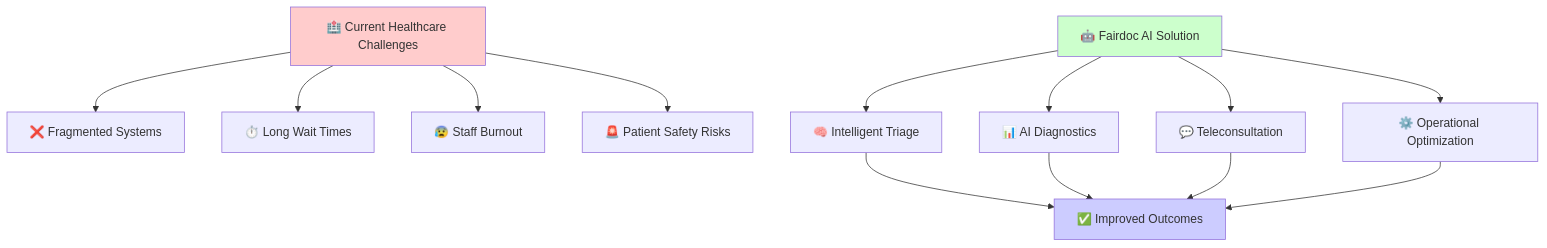
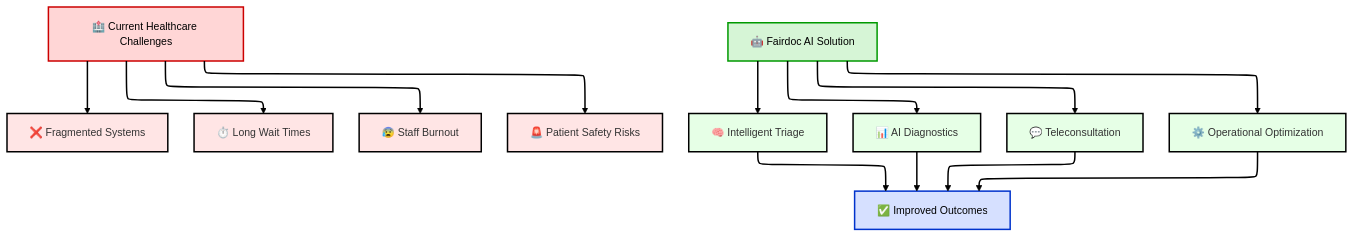
The first of 18 diagrams in report.md (hr1juldey/FairWorks_FairDOC), drawn with Mermaid before and after one commit. The commit also changed other lines of this file, not shown here.

````diff
--- a/report.md
+++ b/report.md
@@ -16,21 +16,26 @@
 ```mermaid
-graph TD
-    A[🏥 Current Healthcare Challenges] --> B[❌ Fragmented Systems]
-    A --> C[⏱️ Long Wait Times]
-    A --> D[😰 Staff Burnout]
-    A --> E[🚨 Patient Safety Risks]
-    
-    F[🤖 Fairdoc AI Solution] --> G[🧠 Intelligent Triage]
-    F --> H[📊 AI Diagnostics]
-    F --> I[💬 Teleconsultation]
-    F --> J[⚙️ Operational Optimization]
-    
-    G --> K[✅ Improved Outcomes]
+---
+config:
+  theme: neo
+  layout: elk
+---
+flowchart TD
+    A["🏥 Current Healthcare Challenges"] --> B["❌ Fragmented Systems"] & C["⏱️ Long Wait Times"] & D["😰 Staff Burnout"] & E["🚨 Patient Safety Risks"]
+    F["🤖 Fairdoc AI Solution"] --> G["🧠 Intelligent Triage"] & H["📊 AI Diagnostics"] & I["💬 Teleconsultation"] & J["⚙️ Operational Optimization"]
+    G --> K["✅ Improved Outcomes"]
     H --> K
     I --> K
     J --> K
-    
-    style A fill:#ffcccc
-    style F fill:#ccffcc
-    style K fill:#ccccff
+    style A fill:#ffd6d6,stroke:#cc0000,stroke-width:2px,color:#000
+    style B fill:#ffe5e5
+    style C fill:#ffe5e5
+    style D fill:#ffe5e5
+    style E fill:#ffe5e5
+    style F fill:#d6f5d6,stroke:#009900,stroke-width:2px,color:#000
+    style G fill:#e6ffe6
+    style H fill:#e6ffe6
+    style I fill:#e6ffe6
+    style J fill:#e6ffe6
+    style K fill:#d6e0ff,stroke:#0033cc,stroke-width:2px,color:#000
+
 ```
````
